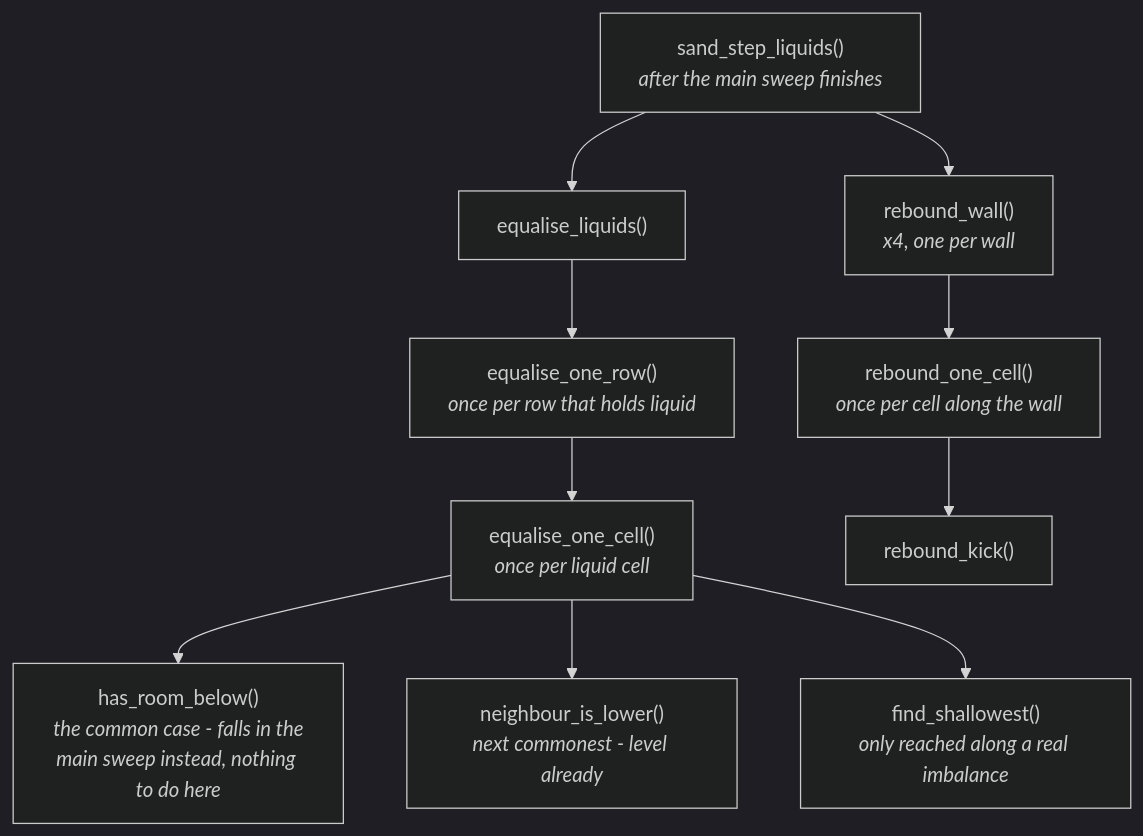
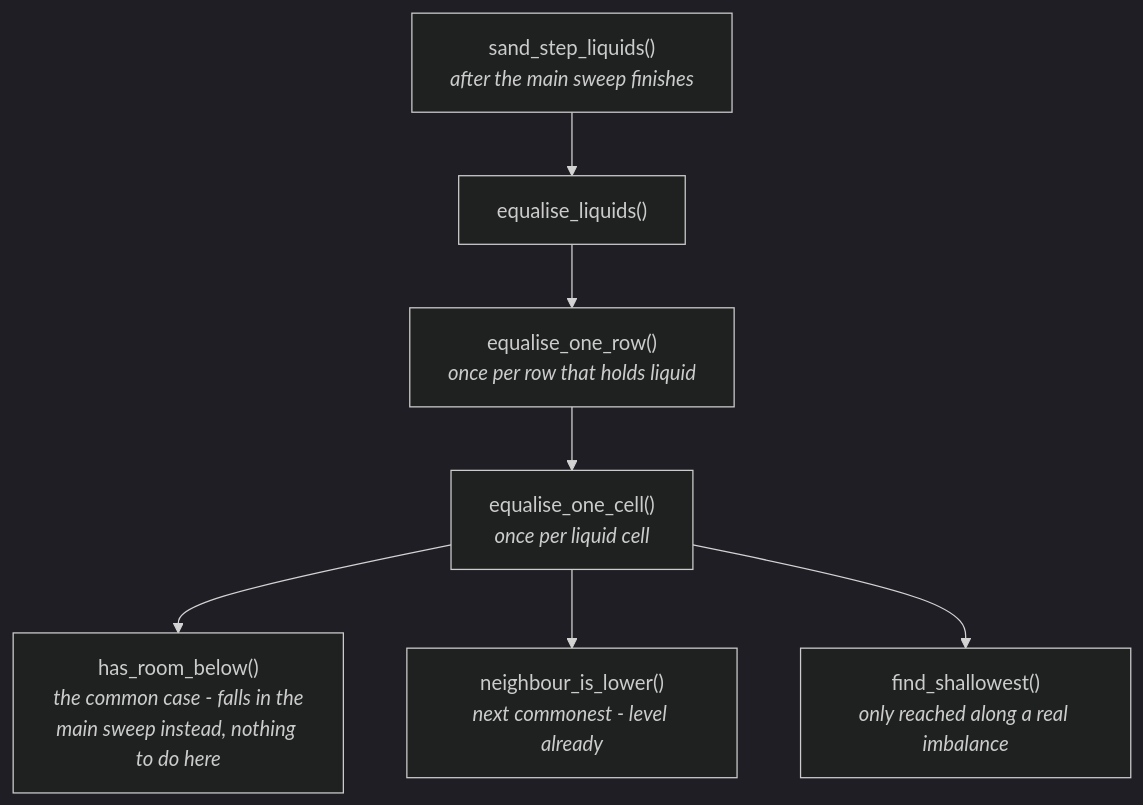
Before and after one commit to jose-villegas/autana: the second of 2 diagrams in docs/sand/Sand-Simulation.md, drawn with Mermaid (dark theme). The commit also changed other lines of this file, not shown here.

````diff
--- a/docs/sand/Sand-Simulation.md
+++ b/docs/sand/Sand-Simulation.md
@@ -1331,15 +1353,11 @@
 ```mermaid
 flowchart TB
     LIQSTEP["sand_step_liquids()<br/><i>after the main sweep finishes</i>"] --> EQ["equalise_liquids()"]
-    LIQSTEP --> REB["rebound_wall()<br/><i>x4, one per wall</i>"]
 
     EQ --> EROW["equalise_one_row()<br/><i>once per row that holds liquid</i>"]
     EROW --> ECELL["equalise_one_cell()<br/><i>once per liquid cell</i>"]
 
     ECELL --> ROOM["has_room_below()<br/><i>the common case - falls in the<br/>main sweep instead, nothing to do here</i>"]
     ECELL --> LOWER["neighbour_is_lower()<br/><i>next commonest - level already</i>"]
     ECELL --> FIND["find_shallowest()<br/><i>only reached along a real imbalance</i>"]
-
-    REB --> RCELL["rebound_one_cell()<br/><i>once per cell along the wall</i>"]
-    RCELL --> KICK["rebound_kick()"]
 ```
````
